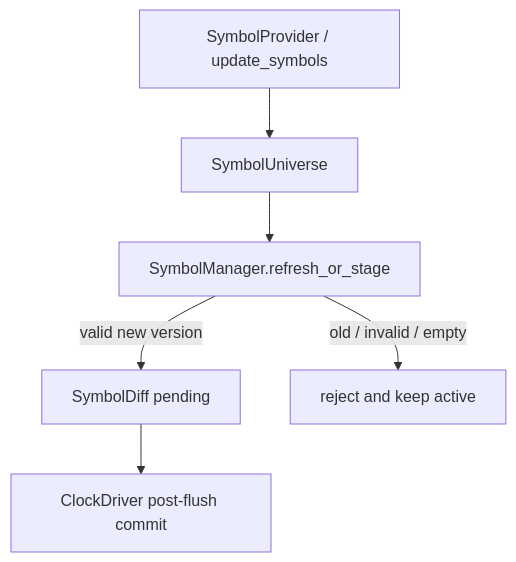
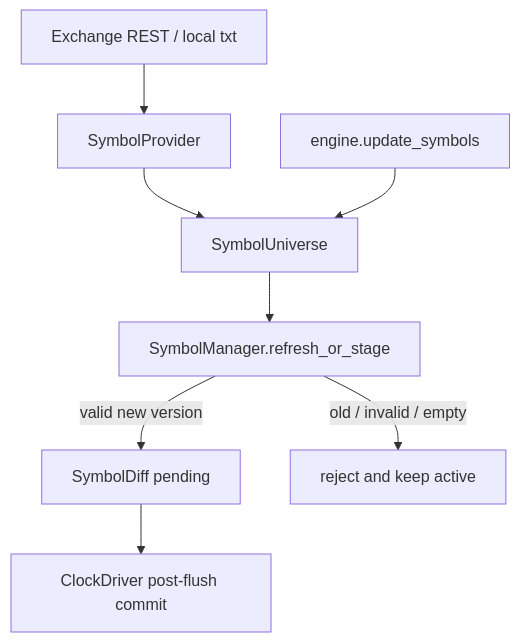
One commit to tiandiao123/FactorEngine changed the third of 9 diagrams in docs/20260524/dynamic_symbol_list_support_development.md. Above: the diagram before and after it, drawn with Mermaid. The commit also changed other lines of this file, not shown here.

Commit message:
Clarify dynamic symbol source and filter design

````diff
--- a/docs/20260524/dynamic_symbol_list_support_development.md
+++ b/docs/20260524/dynamic_symbol_list_support_development.md
@@ -154,8 +308,10 @@
 ```mermaid
 flowchart TB
-    P[SymbolProvider / update_symbols] --> U[SymbolUniverse]
+    S[Exchange REST / local txt] --> P[SymbolProvider]
+    P --> U[SymbolUniverse]
+    MANUAL[engine.update_symbols] --> U
     U --> M[SymbolManager.refresh_or_stage]
     M -->|valid new version| D[SymbolDiff pending]
     M -->|old / invalid / empty| E[reject and keep active]
     D --> C[ClockDriver post-flush commit]
 ```
````
